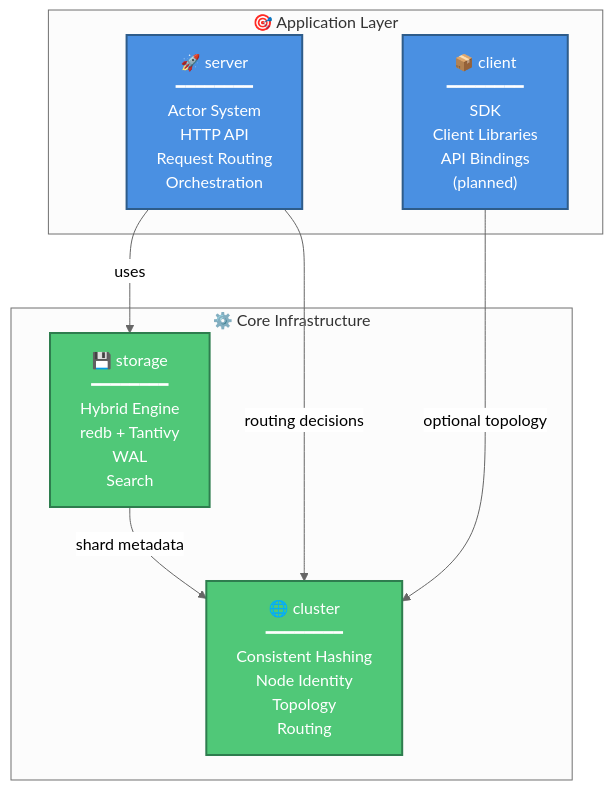
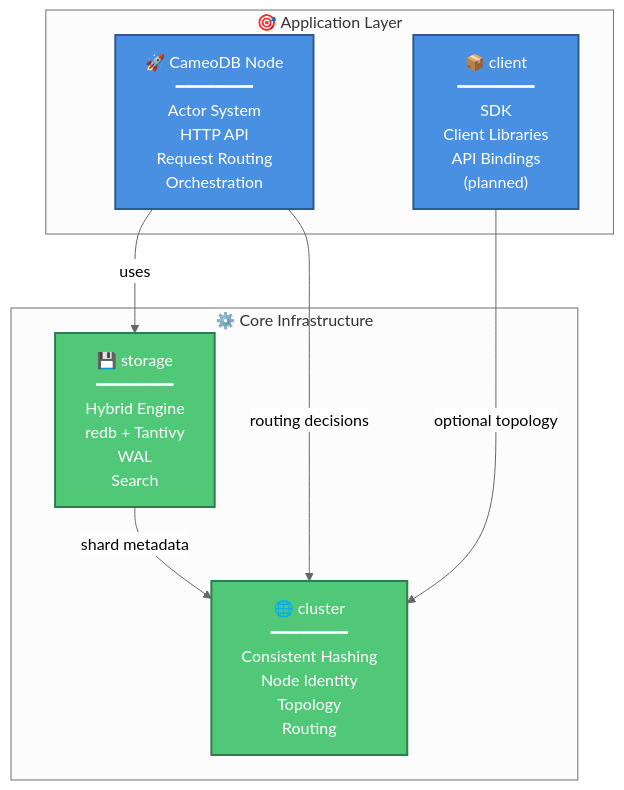
The second of 2 diagrams in ARCHITECTURE.md (cameodb/cameodb), drawn with Mermaid (neutral theme) before and after one commit. The commit also changed other lines of this file and 26 other files, not shown here.

````diff
--- a/ARCHITECTURE.md
+++ b/ARCHITECTURE.md
@@ -268,23 +272,23 @@
 ```mermaid
 flowchart TB
     subgraph Application["🎯 Application Layer"]
-        Server["🚀 server<br/>━━━━━━━━<br/>Actor System<br/>HTTP API<br/>Request Routing<br/>Orchestration"]
+        Server["🚀 CameoDB Node<br/>━━━━━━━━<br/>Actor System<br/>HTTP API<br/>Request Routing<br/>Orchestration"]
         Client["📦 client<br/>━━━━━━━━<br/>SDK<br/>Client Libraries<br/>API Bindings<br/>(planned)"]
     end
 
     subgraph Core["⚙️ Core Infrastructure"]
         Storage["💾 storage<br/>━━━━━━━━<br/>Hybrid Engine<br/>redb + Tantivy<br/>WAL<br/>Search"]
         Cluster["🌐 cluster<br/>━━━━━━━━<br/>Consistent Hashing<br/>Node Identity<br/>Topology<br/>Routing"]
     end
 
     Server -->|uses| Storage
     Server -->|routing decisions| Cluster
     Client -->|optional topology| Cluster
     Storage -->|shard metadata| Cluster
 
     classDef appStyle fill:#4A90E2,stroke:#2E5C8A,stroke-width:2px,color:#fff
     classDef coreStyle fill:#50C878,stroke:#2E7D4E,stroke-width:2px,color:#fff
     
     class Server,Client appStyle
     class Storage,Cluster coreStyle
 ```
````
